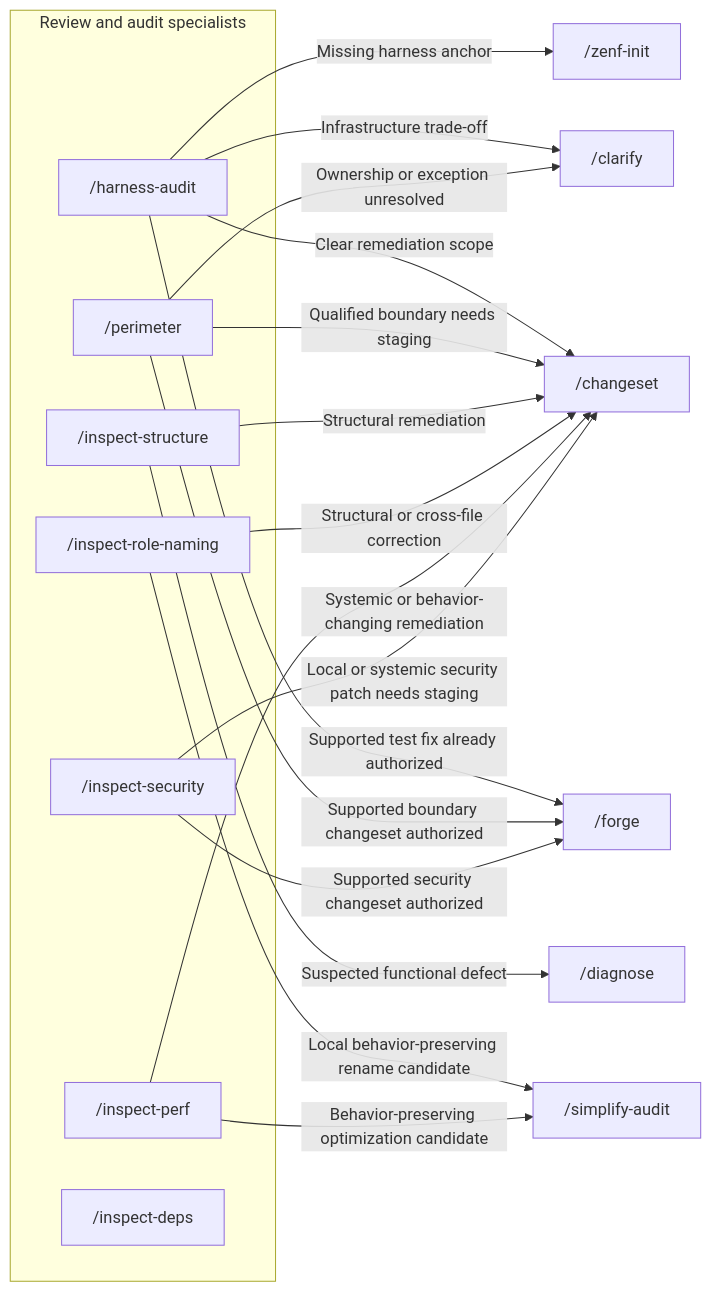
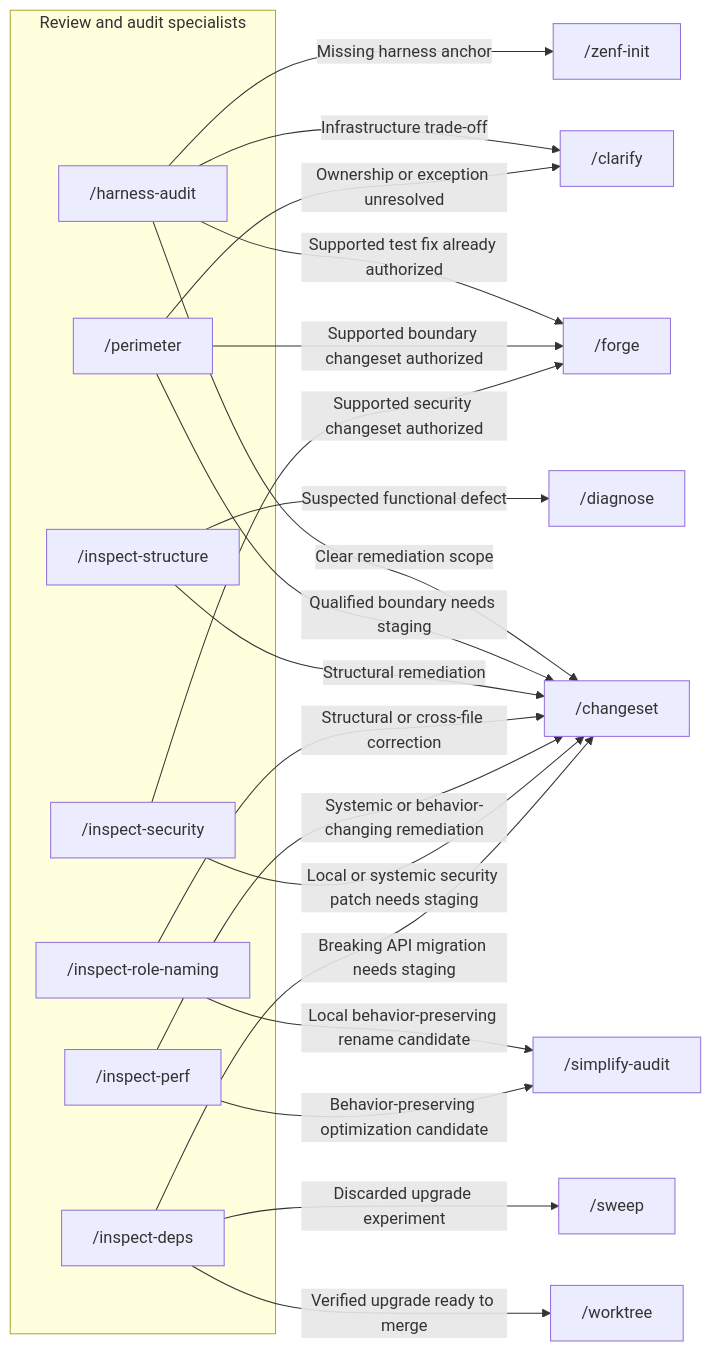
One commit to venhdev/skills changed the second of 3 diagrams in docs/skill-connections.md. Above: the diagram before and after it, drawn with Mermaid. The commit also changed other lines of this file and 13 other files, not shown here.

````diff
--- a/docs/skill-connections.md
+++ b/docs/skill-connections.md
@@ -105,34 +128,39 @@
 ```mermaid
 flowchart LR
     subgraph inspection[Review and audit specialists]
         harness["/harness-audit"]
         perimeter["/perimeter"]
         structure["/inspect-structure"]
         naming["/inspect-role-naming"]
         perf["/inspect-perf"]
         security["/inspect-security"]
         deps["/inspect-deps"]
     end
     init["/zenf-init"]
     clarify["/clarify"]
     changeset["/changeset"]
     forge["/forge"]
     simplify["/simplify-audit"]
     diagnose["/diagnose"]
+    worktree["/worktree"]
+    sweep["/sweep"]
 
     harness -->|Missing harness anchor| init
     harness -->|Infrastructure trade-off| clarify
     harness -->|Clear remediation scope| changeset
     harness -->|Supported test fix already authorized| forge
     perimeter -->|Ownership or exception unresolved| clarify
     perimeter -->|Qualified boundary needs staging| changeset
     perimeter -->|Supported boundary changeset authorized| forge
     structure -->|Structural remediation| changeset
     structure -->|Suspected functional defect| diagnose
     naming -->|Structural or cross-file correction| changeset
     naming -->|Local behavior-preserving rename candidate| simplify
     perf -->|Systemic or behavior-changing remediation| changeset
     perf -->|Behavior-preserving optimization candidate| simplify
     security -->|Local or systemic security patch needs staging| changeset
     security -->|Supported security changeset authorized| forge
+    deps -->|Breaking API migration needs staging| changeset
+    deps -->|Verified upgrade ready to merge| worktree
+    deps -->|Discarded upgrade experiment| sweep
 ```
````
